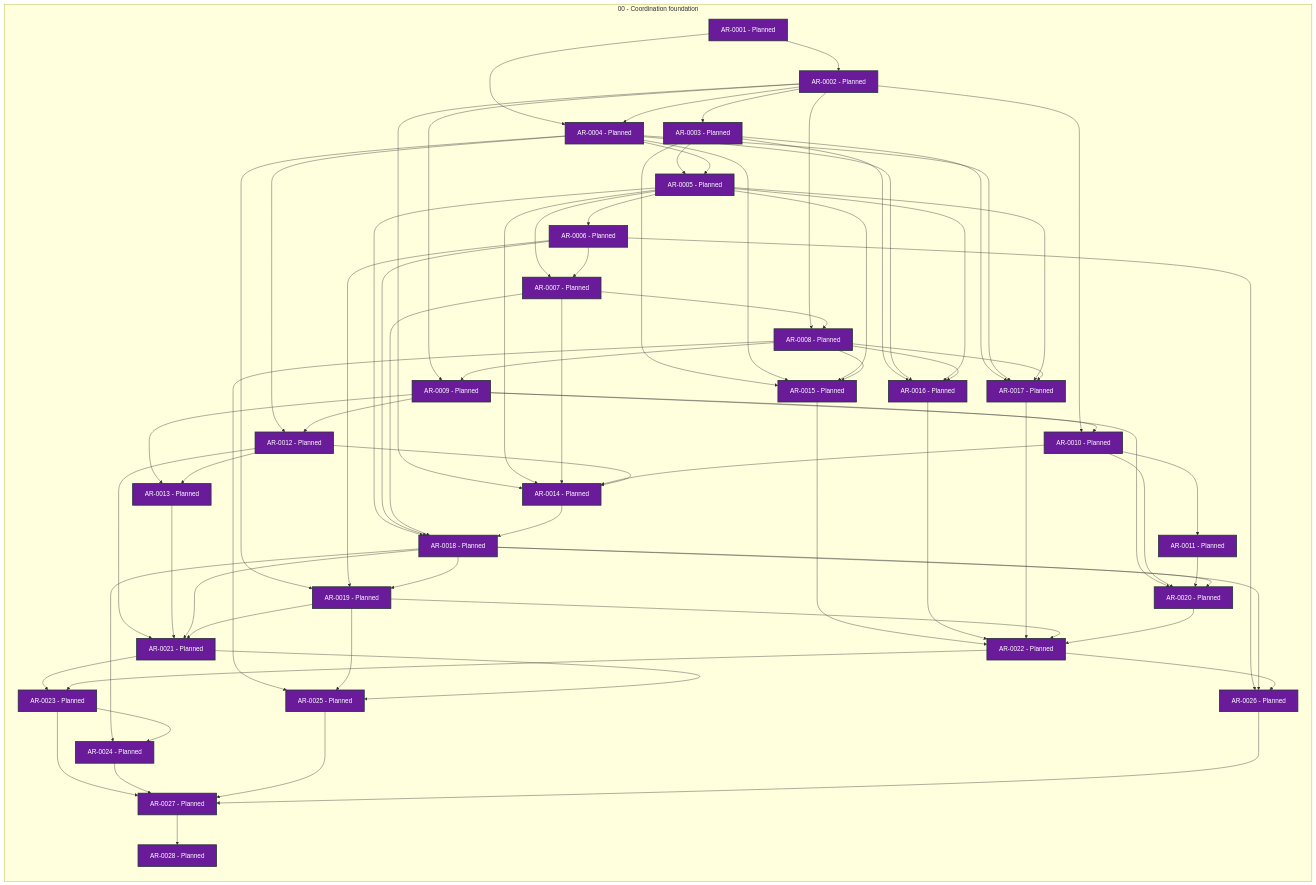
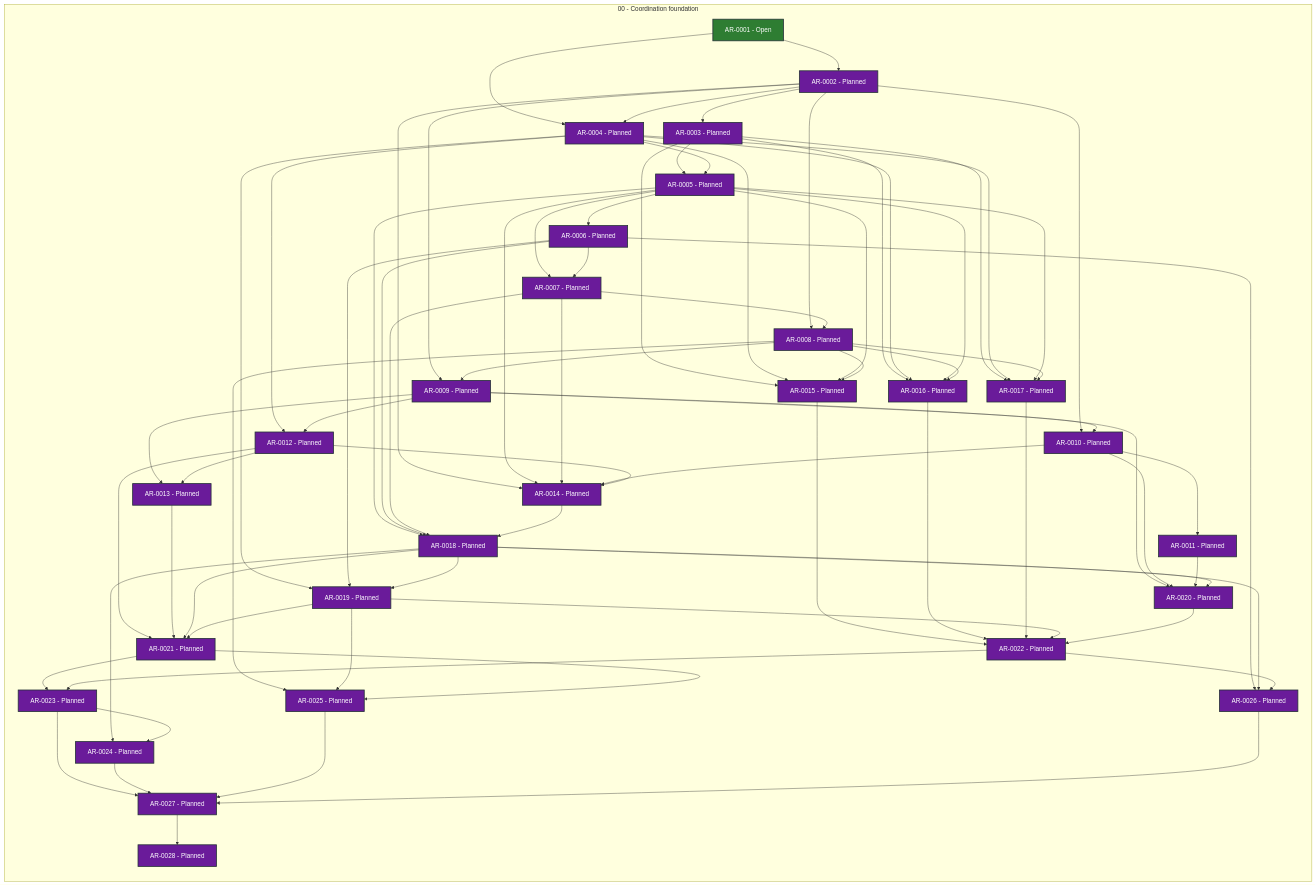
The diagram in STATUS.md (martin-beck/agent-workflow-runtime-state), drawn with Mermaid before and after one commit. The commit also changed other lines of this file and 2 other files, not shown here.

```diff
--- a/STATUS.md
+++ b/STATUS.md
@@ -28,7 +28,7 @@
 flowchart LR
     subgraph series_00["00 - Coordination foundation"]
         direction TB
-        AR_0001["AR-0001 - Planned"]:::status_planned
+        AR_0001["AR-0001 - Open"]:::status_open
         AR_0002["AR-0002 - Planned"]:::status_planned
         AR_0003["AR-0003 - Planned"]:::status_planned
         AR_0004["AR-0004 - Planned"]:::status_planned
```
